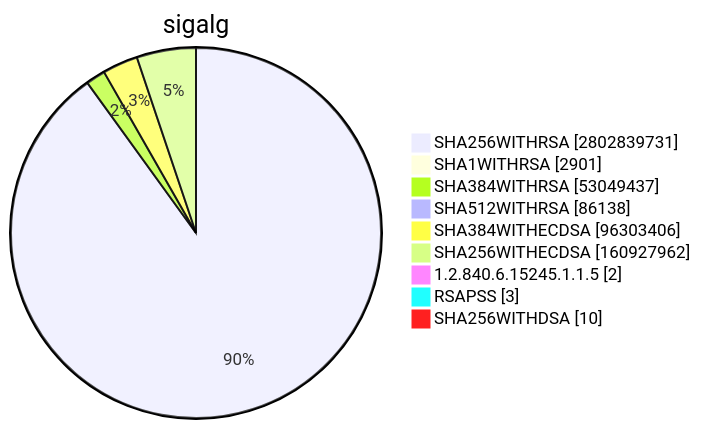
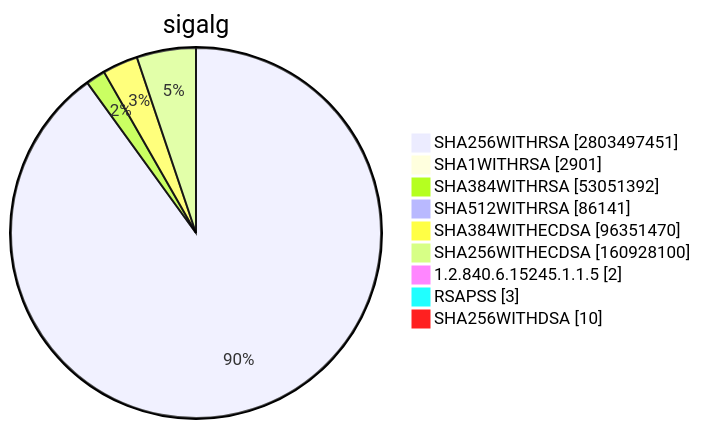
One commit to christiankrug/ctmonitor_visualization changed diagram 15 of 15 in TOTAL/README.md. Above: the diagram before and after it, drawn with Mermaid. The commit also changed other lines of this file, not shown here.

````diff
--- a/TOTAL/README.md
+++ b/TOTAL/README.md
@@ -6207,13 +6207,13 @@
 ```mermaid
 pie showData
 title sigalg
-"SHA256WITHRSA" :2802839731
+"SHA256WITHRSA" :2803497451
 "SHA1WITHRSA" :2901
-"SHA384WITHRSA" :53049437
-"SHA512WITHRSA" :86138
-"SHA384WITHECDSA" :96303406
-"SHA256WITHECDSA" :160927962
+"SHA384WITHRSA" :53051392
+"SHA512WITHRSA" :86141
+"SHA384WITHECDSA" :96351470
+"SHA256WITHECDSA" :160928100
 "1.2.840.6.15245.1.1.5" :2
 "RSAPSS" :3
 "SHA256WITHDSA" :10
 ```
````
